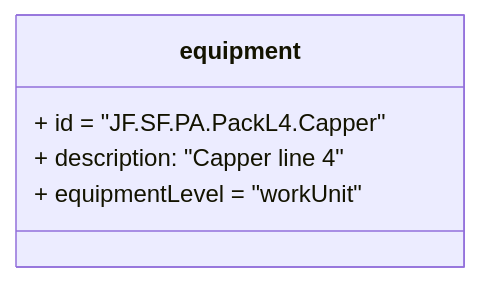
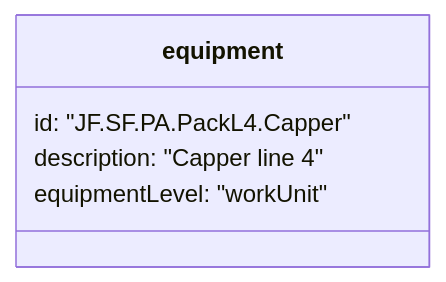
Before and after one commit to libremfg/rhize-docs: the second of 9 diagrams in content/isa-95/resources/equipment.md, drawn with Mermaid.

Commit message:
Fix: incosistent formatting

````diff
--- a/content/isa-95/resources/equipment.md
+++ b/content/isa-95/resources/equipment.md
@@ -62,9 +62,9 @@
 ```mermaid
 classDiagram
 class equipment {
-+ id = "JF.SF.PA.PackL4.Capper"
-+ description: "Capper line 4"
-+ equipmentLevel = "workUnit"
+id: "JF.SF.PA.PackL4.Capper"
+description: "Capper line 4"
+equipmentLevel: "workUnit"
 }
 
 ```
````
